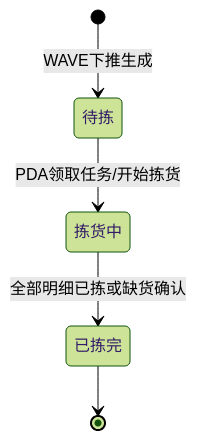
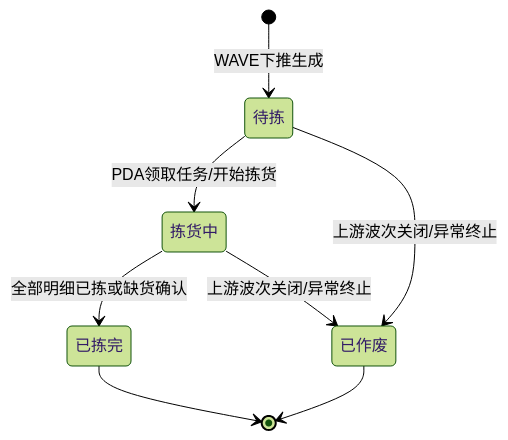
The diagram in prd-docs/出库管理/拣货单/拣货单_业务规则规格.md (lophyJessica/forge-crm), drawn with Mermaid (forest theme) before and after one commit. The commit also changed other lines of this file and 50 other files, not shown here.

````diff
--- a/prd-docs/出库管理/拣货单/拣货单_业务规则规格.md
+++ b/prd-docs/出库管理/拣货单/拣货单_业务规则规格.md
@@ -8,7 +8,10 @@
 ```mermaid
 stateDiagram-v2
     [*] --> 待拣: WAVE下推生成
     待拣 --> 拣货中: PDA领取任务/开始拣货
     拣货中 --> 已拣完: 全部明细已拣或缺货确认
+    待拣 --> 已作废: 上游波次关闭/异常终止
+    拣货中 --> 已作废: 上游波次关闭/异常终止
     已拣完 --> [*]
+    已作废 --> [*]
 ```
````
